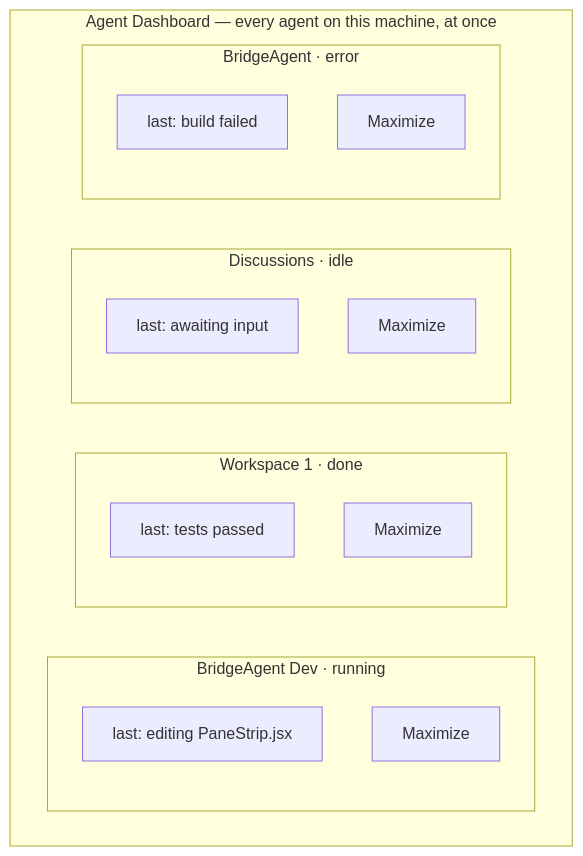
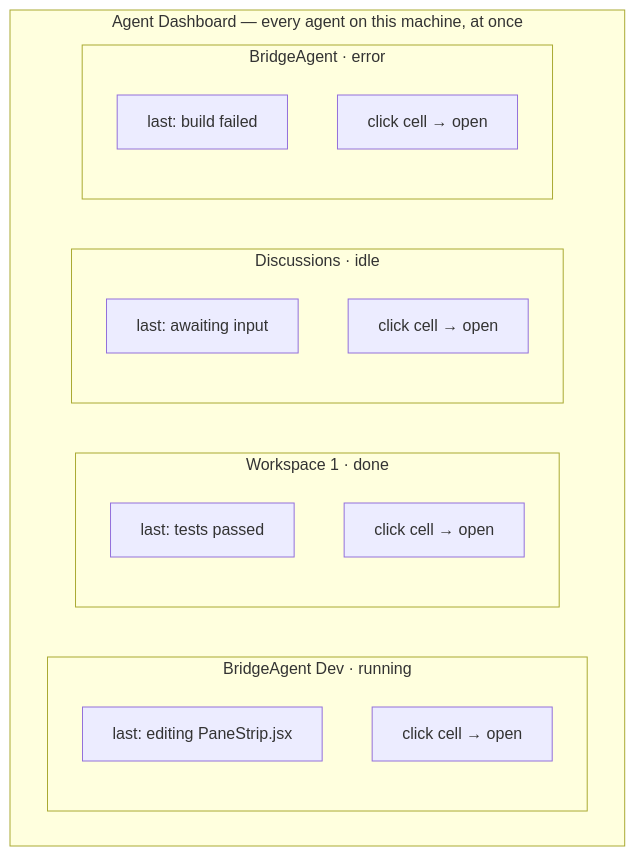
Before and after one commit to mirceta/birocode: the first of 2 diagrams in plans/agent-dashboard-ux.md, drawn with Mermaid. The commit also changed other lines of this file and 13 other files, not shown here.

````diff
--- a/plans/agent-dashboard-ux.md
+++ b/plans/agent-dashboard-ux.md
@@ -20,26 +22,26 @@
 ```mermaid
 flowchart TB
   subgraph Dashboard["Agent Dashboard — every agent on this machine, at once"]
     direction LR
     subgraph A["BridgeAgent Dev · running"]
       direction TB
       A1["last: editing PaneStrip.jsx"]
-      A2["Maximize"]
+      A2["click cell → open"]
     end
     subgraph B["Workspace 1 · done"]
       direction TB
       B1["last: tests passed"]
-      B2["Maximize"]
+      B2["click cell → open"]
     end
     subgraph C["Discussions · idle"]
       direction TB
       C1["last: awaiting input"]
-      C2["Maximize"]
+      C2["click cell → open"]
     end
     subgraph D["BridgeAgent · error"]
       direction TB
       D1["last: build failed"]
-      D2["Maximize"]
+      D2["click cell → open"]
     end
   end
 ```
````
